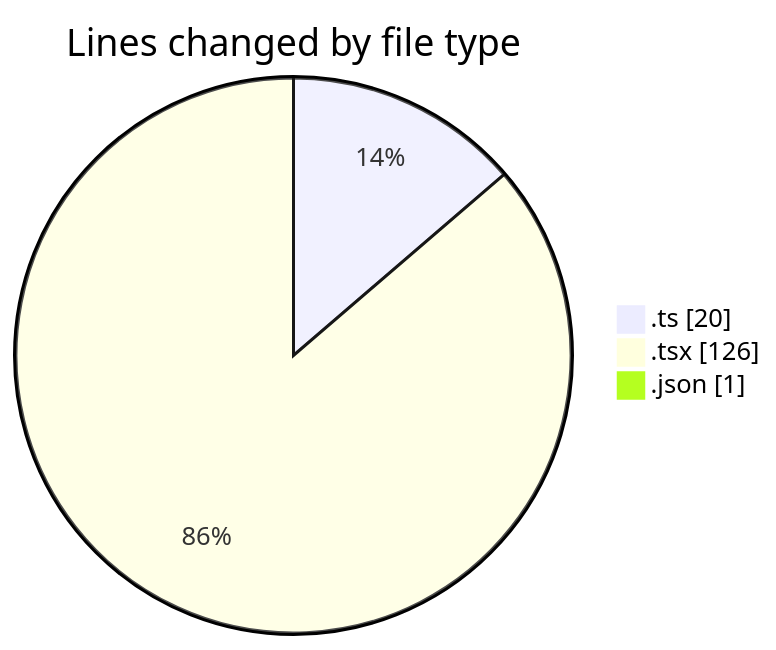
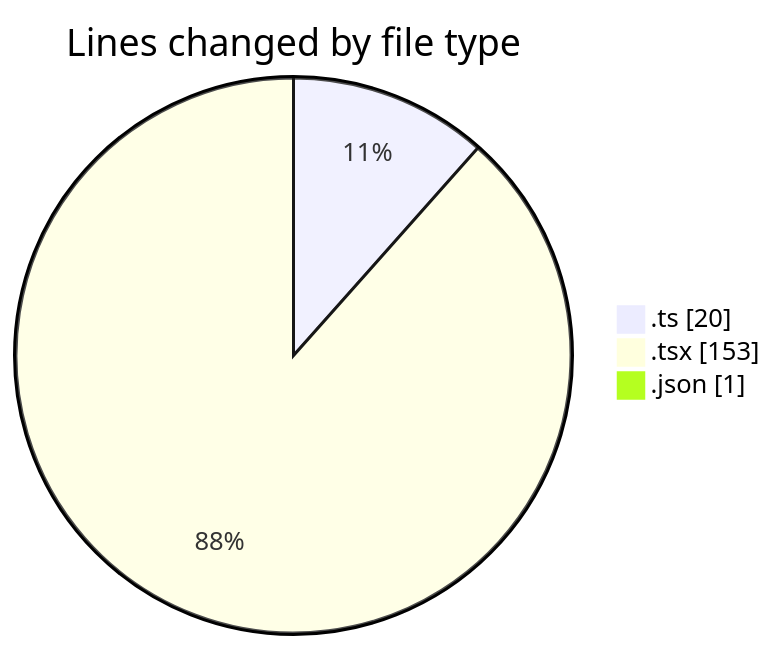
One commit to robertbonfada/code-tracking changed the first of 2 diagrams in 2025-02-27/area-formacao-web/README.md. Above: the diagram before and after it, drawn with Mermaid. The commit also changed other lines of this file and 1 other file, not shown here.

````diff
--- a/2025-02-27/area-formacao-web/README.md
+++ b/2025-02-27/area-formacao-web/README.md
@@ -24,7 +24,7 @@
 ```mermaid
 pie showData
 title Lines changed by file type
 ".ts" : 20
-".tsx" : 126
+".tsx" : 153
 ".json" : 1
 ```
````
